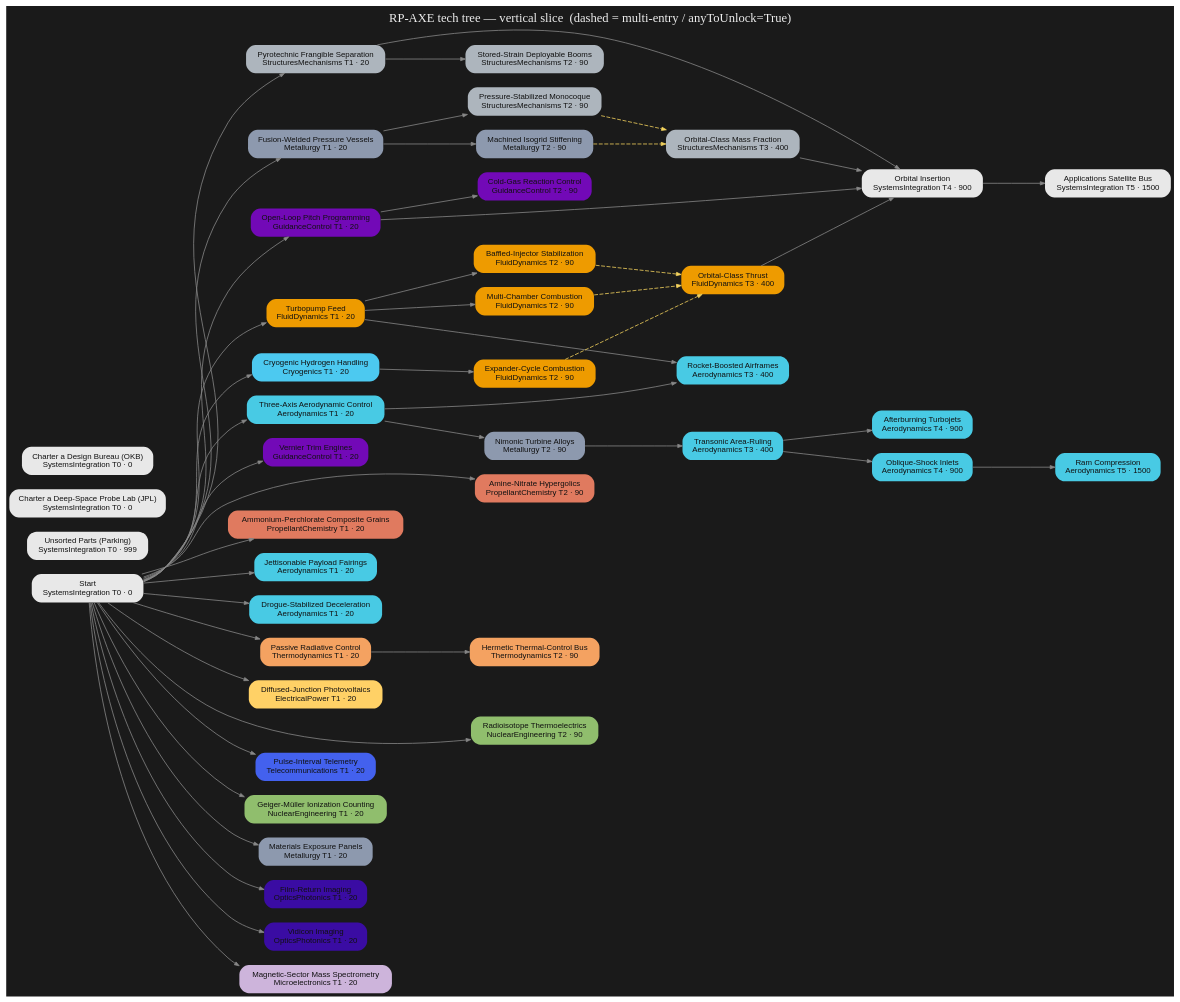
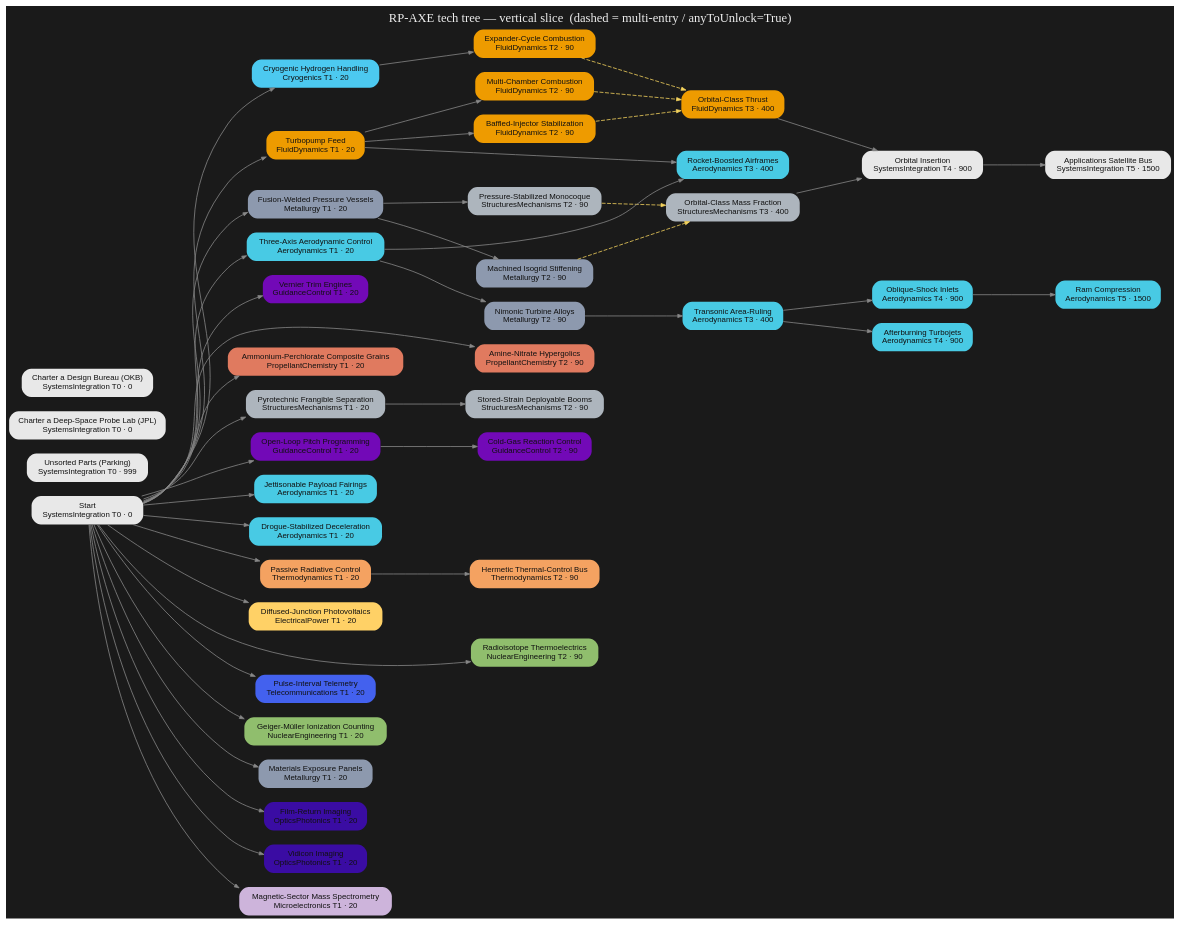
One commit to miskoltrans/RP-AXE changed the diagram in tree/render/axe-tree.dot. Above: the diagram before and after it, drawn with Graphviz. The commit also changed 5 other files, not shown here.

```diff
--- a/tree/render/axe-tree.dot
+++ b/tree/render/axe-tree.dot
@@ -1,100 +1,98 @@
 digraph AXE {
   rankdir=LR; bgcolor="#1a1a1a"; nodesep=0.25; ranksep=1.1;
   node[shape=box,style="filled,rounded",fontname="Helvetica",fontsize=10,color="#00000000"];
   edge[color="#888888",arrowsize=0.6];
   "start" [label="Start\nSystemsIntegration T0 · 0",fillcolor="#e8e8e8",fontcolor="#111111"];
   "parking" [label="Unsorted Parts (Parking)\nSystemsIntegration T0 · 999",fillcolor="#e8e8e8",fontcolor="#111111"];
   "hire_JPL" [label="Charter a Deep-Space Probe Lab (JPL)\nSystemsIntegration T0 · 0",fillcolor="#e8e8e8",fontcolor="#111111"];
   "hire_OKB" [label="Charter a Design Bureau (OKB)\nSystemsIntegration T0 · 0",fillcolor="#e8e8e8",fontcolor="#111111"];
   "fd_turbopumpFeed" [label="Turbopump Feed\nFluidDynamics T1 · 20",fillcolor="#ee9b00",fontcolor="#111111"];
   "fd_multiChamber" [label="Multi-Chamber Combustion\nFluidDynamics T2 · 90",fillcolor="#ee9b00",fontcolor="#111111"];
   "fd_baffledInjector" [label="Baffled-Injector Stabilization\nFluidDynamics T2 · 90",fillcolor="#ee9b00",fontcolor="#111111"];
   "fd_verniers" [label="Vernier Trim Engines\nGuidanceControl T1 · 20",fillcolor="#7209b7",fontcolor="#111111"];
   "pc_hypergolics" [label="Amine-Nitrate Hypergolics\nPropellantChemistry T2 · 90",fillcolor="#e07a5f",fontcolor="#111111"];
   "cryo_hydrogen" [label="Cryogenic Hydrogen Handling\nCryogenics T1 · 20",fillcolor="#4cc9f0",fontcolor="#111111"];
   "fd_expanderCycle" [label="Expander-Cycle Combustion\nFluidDynamics T2 · 90",fillcolor="#ee9b00",fontcolor="#111111"];
   "fd_orbitalThrust" [label="Orbital-Class Thrust\nFluidDynamics T3 · 400",fillcolor="#ee9b00",fontcolor="#111111"];
   "pc_solidGrains" [label="Ammonium-Perchlorate Composite Grains\nPropellantChemistry T1 · 20",fillcolor="#e07a5f",fontcolor="#111111"];
   "met_weldedTank" [label="Fusion-Welded Pressure Vessels\nMetallurgy T1 · 20",fillcolor="#8d99ae",fontcolor="#111111"];
   "met_isogrid" [label="Machined Isogrid Stiffening\nMetallurgy T2 · 90",fillcolor="#8d99ae",fontcolor="#111111"];
   "str_balloonTank" [label="Pressure-Stabilized Monocoque\nStructuresMechanisms T2 · 90",fillcolor="#adb5bd",fontcolor="#111111"];
   "str_orbitalMassFraction" [label="Orbital-Class Mass Fraction\nStructuresMechanisms T3 · 400",fillcolor="#adb5bd",fontcolor="#111111"];
   "str_staging" [label="Pyrotechnic Frangible Separation\nStructuresMechanisms T1 · 20",fillcolor="#adb5bd",fontcolor="#111111"];
   "gnc_pitchProgram" [label="Open-Loop Pitch Programming\nGuidanceControl T1 · 20",fillcolor="#7209b7",fontcolor="#111111"];
   "gnc_rcs" [label="Cold-Gas Reaction Control\nGuidanceControl T2 · 90",fillcolor="#7209b7",fontcolor="#111111"];
   "str_booms" [label="Stored-Strain Deployable Booms\nStructuresMechanisms T2 · 90",fillcolor="#adb5bd",fontcolor="#111111"];
   "aero_fairings" [label="Jettisonable Payload Fairings\nAerodynamics T1 · 20",fillcolor="#48cae4",fontcolor="#111111"];
   "aero_recovery" [label="Drogue-Stabilized Deceleration\nAerodynamics T1 · 20",fillcolor="#48cae4",fontcolor="#111111"];
   "th_radiativeControl" [label="Passive Radiative Control\nThermodynamics T1 · 20",fillcolor="#f4a261",fontcolor="#111111"];
   "th_hermeticBus" [label="Hermetic Thermal-Control Bus\nThermodynamics T2 · 90",fillcolor="#f4a261",fontcolor="#111111"];
   "elec_siliconPV" [label="Diffused-Junction Photovoltaics\nElectricalPower T1 · 20",fillcolor="#ffd166",fontcolor="#111111"];
   "nuc_rtg" [label="Radioisotope Thermoelectrics\nNuclearEngineering T2 · 90",fillcolor="#90be6d",fontcolor="#111111"];
   "tel_telemetry" [label="Pulse-Interval Telemetry\nTelecommunications T1 · 20",fillcolor="#4361ee",fontcolor="#111111"];
   "nuc_geiger" [label="Geiger-Müller Ionization Counting\nNuclearEngineering T1 · 20",fillcolor="#90be6d",fontcolor="#111111"];
   "met_exposurePanels" [label="Materials Exposure Panels\nMetallurgy T1 · 20",fillcolor="#8d99ae",fontcolor="#111111"];
   "opt_filmReturn" [label="Film-Return Imaging\nOpticsPhotonics T1 · 20",fillcolor="#3a0ca3",fontcolor="#111111"];
   "opt_vidicon" [label="Vidicon Imaging\nOpticsPhotonics T1 · 20",fillcolor="#3a0ca3",fontcolor="#111111"];
   "mic_massSpec" [label="Magnetic-Sector Mass Spectrometry\nMicroelectronics T1 · 20",fillcolor="#cdb4db",fontcolor="#111111"];
   "int_orbitalInsertion" [label="Orbital Insertion\nSystemsIntegration T4 · 900",fillcolor="#e8e8e8",fontcolor="#111111"];
   "int_applicationsSat" [label="Applications Satellite Bus\nSystemsIntegration T5 · 1500",fillcolor="#e8e8e8",fontcolor="#111111"];
   "xplaneStart" [label="Three-Axis Aerodynamic Control\nAerodynamics T1 · 20",fillcolor="#48cae4",fontcolor="#111111"];
   "met_turbineAlloys" [label="Nimonic Turbine Alloys\nMetallurgy T2 · 90",fillcolor="#8d99ae",fontcolor="#111111"];
   "aero_areaRule" [label="Transonic Area-Ruling\nAerodynamics T3 · 400",fillcolor="#48cae4",fontcolor="#111111"];
   "aero_shockInlets" [label="Oblique-Shock Inlets\nAerodynamics T4 · 900",fillcolor="#48cae4",fontcolor="#111111"];
   "aero_afterburner" [label="Afterburning Turbojets\nAerodynamics T4 · 900",fillcolor="#48cae4",fontcolor="#111111"];
   "aero_ramjet" [label="Ram Compression\nAerodynamics T5 · 1500",fillcolor="#48cae4",fontcolor="#111111"];
   "aero_rocketplane" [label="Rocket-Boosted Airframes\nAerodynamics T3 · 400",fillcolor="#48cae4",fontcolor="#111111"];
   { rank=same; "start" "parking" "hire_JPL" "hire_OKB" }
   { rank=same; "fd_turbopumpFeed" "fd_verniers" "cryo_hydrogen" "pc_solidGrains" "met_weldedTank" "str_staging" "gnc_pitchProgram" "aero_fairings" "aero_recovery" "th_radiativeControl" "elec_siliconPV" "tel_telemetry" "nuc_geiger" "met_exposurePanels" "opt_filmReturn" "opt_vidicon" "mic_massSpec" "xplaneStart" }
   { rank=same; "fd_multiChamber" "fd_baffledInjector" "pc_hypergolics" "fd_expanderCycle" "met_isogrid" "str_balloonTank" "gnc_rcs" "str_booms" "th_hermeticBus" "nuc_rtg" "met_turbineAlloys" }
   { rank=same; "fd_orbitalThrust" "str_orbitalMassFraction" "aero_areaRule" "aero_rocketplane" }
   { rank=same; "int_orbitalInsertion" "aero_shockInlets" "aero_afterburner" }
   { rank=same; "int_applicationsSat" "aero_ramjet" }
   "start" -> "fd_turbopumpFeed" [style=solid];
   "fd_turbopumpFeed" -> "fd_multiChamber" [style=solid];
   "fd_turbopumpFeed" -> "fd_baffledInjector" [style=solid];
   "start" -> "fd_verniers" [style=solid];
   "start" -> "pc_hypergolics" [style=solid];
   "start" -> "cryo_hydrogen" [style=solid];
   "cryo_hydrogen" -> "fd_expanderCycle" [style=solid];
   "fd_multiChamber" -> "fd_orbitalThrust" [style=dashed,color="#f4d35e"];
   "fd_baffledInjector" -> "fd_orbitalThrust" [style=dashed,color="#f4d35e"];
   "fd_expanderCycle" -> "fd_orbitalThrust" [style=dashed,color="#f4d35e"];
   "start" -> "pc_solidGrains" [style=solid];
   "start" -> "met_weldedTank" [style=solid];
   "met_weldedTank" -> "met_isogrid" [style=solid];
   "met_weldedTank" -> "str_balloonTank" [style=solid];
   "met_isogrid" -> "str_orbitalMassFraction" [style=dashed,color="#f4d35e"];
   "str_balloonTank" -> "str_orbitalMassFraction" [style=dashed,color="#f4d35e"];
   "start" -> "str_staging" [style=solid];
   "start" -> "gnc_pitchProgram" [style=solid];
   "gnc_pitchProgram" -> "gnc_rcs" [style=solid];
   "str_staging" -> "str_booms" [style=solid];
   "start" -> "aero_fairings" [style=solid];
   "start" -> "aero_recovery" [style=solid];
   "start" -> "th_radiativeControl" [style=solid];
   "th_radiativeControl" -> "th_hermeticBus" [style=solid];
   "start" -> "elec_siliconPV" [style=solid];
   "start" -> "nuc_rtg" [style=solid];
   "start" -> "tel_telemetry" [style=solid];
   "start" -> "nuc_geiger" [style=solid];
   "start" -> "met_exposurePanels" [style=solid];
   "start" -> "opt_filmReturn" [style=solid];
   "start" -> "opt_vidicon" [style=solid];
   "start" -> "mic_massSpec" [style=solid];
   "fd_orbitalThrust" -> "int_orbitalInsertion" [style=solid];
   "str_orbitalMassFraction" -> "int_orbitalInsertion" [style=solid];
-  "str_staging" -> "int_orbitalInsertion" [style=solid];
-  "gnc_pitchProgram" -> "int_orbitalInsertion" [style=solid];
   "int_orbitalInsertion" -> "int_applicationsSat" [style=solid];
   "start" -> "xplaneStart" [style=solid];
   "xplaneStart" -> "met_turbineAlloys" [style=solid];
   "met_turbineAlloys" -> "aero_areaRule" [style=solid];
   "aero_areaRule" -> "aero_shockInlets" [style=solid];
   "aero_areaRule" -> "aero_afterburner" [style=solid];
   "aero_shockInlets" -> "aero_ramjet" [style=solid];
   "xplaneStart" -> "aero_rocketplane" [style=solid];
   "fd_turbopumpFeed" -> "aero_rocketplane" [style=solid];
   labelloc="t"; fontcolor="#eeeeee"; fontsize=16;
   label="RP-AXE tech tree — vertical slice  (dashed = multi-entry / anyToUnlock=True)";
 }
```
